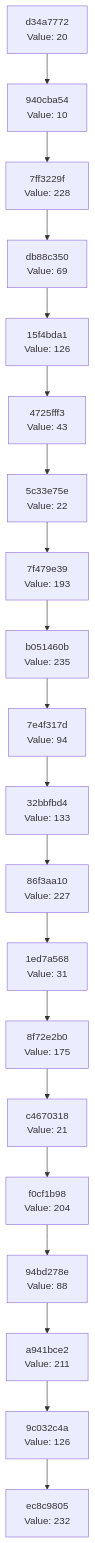
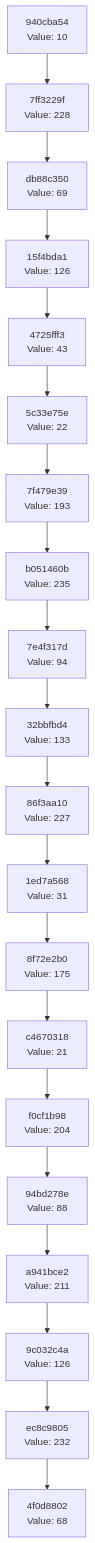
The diagram in docs/CHAIN_VISUALIZATION.md (Abhisheksinha1506/hash-chain-evolver), drawn with Mermaid before and after one commit. The commit also changed 2 other files, not shown here.

Commit message:
Evolution Step

````diff
--- a/docs/CHAIN_VISUALIZATION.md
+++ b/docs/CHAIN_VISUALIZATION.md
@@ -3,42 +3,42 @@
 ```mermaid
 graph TD
-    C0["ec8c9805<br/>Value: 232"]
-    C1["9c032c4a<br/>Value: 126"]
+    C0["4f0d8802<br/>Value: 68"]
+    C1["ec8c9805<br/>Value: 232"]
     C1 --> C0
-    C2["a941bce2<br/>Value: 211"]
+    C2["9c032c4a<br/>Value: 126"]
     C2 --> C1
-    C3["94bd278e<br/>Value: 88"]
+    C3["a941bce2<br/>Value: 211"]
     C3 --> C2
-    C4["f0cf1b98<br/>Value: 204"]
+    C4["94bd278e<br/>Value: 88"]
     C4 --> C3
-    C5["c4670318<br/>Value: 21"]
+    C5["f0cf1b98<br/>Value: 204"]
     C5 --> C4
-    C6["8f72e2b0<br/>Value: 175"]
+    C6["c4670318<br/>Value: 21"]
     C6 --> C5
-    C7["1ed7a568<br/>Value: 31"]
+    C7["8f72e2b0<br/>Value: 175"]
     C7 --> C6
-    C8["86f3aa10<br/>Value: 227"]
+    C8["1ed7a568<br/>Value: 31"]
     C8 --> C7
-    C9["32bbfbd4<br/>Value: 133"]
+    C9["86f3aa10<br/>Value: 227"]
     C9 --> C8
-    C10["7e4f317d<br/>Value: 94"]
+    C10["32bbfbd4<br/>Value: 133"]
     C10 --> C9
-    C11["b051460b<br/>Value: 235"]
+    C11["7e4f317d<br/>Value: 94"]
     C11 --> C10
-    C12["7f479e39<br/>Value: 193"]
+    C12["b051460b<br/>Value: 235"]
     C12 --> C11
-    C13["5c33e75e<br/>Value: 22"]
+    C13["7f479e39<br/>Value: 193"]
     C13 --> C12
-    C14["4725fff3<br/>Value: 43"]
+    C14["5c33e75e<br/>Value: 22"]
     C14 --> C13
-    C15["15f4bda1<br/>Value: 126"]
+    C15["4725fff3<br/>Value: 43"]
     C15 --> C14
-    C16["db88c350<br/>Value: 69"]
+    C16["15f4bda1<br/>Value: 126"]
     C16 --> C15
-    C17["7ff3229f<br/>Value: 228"]
+    C17["db88c350<br/>Value: 69"]
     C17 --> C16
-    C18["940cba54<br/>Value: 10"]
+    C18["7ff3229f<br/>Value: 228"]
     C18 --> C17
-    C19["d34a7772<br/>Value: 20"]
+    C19["940cba54<br/>Value: 10"]
     C19 --> C18
 ```
````
